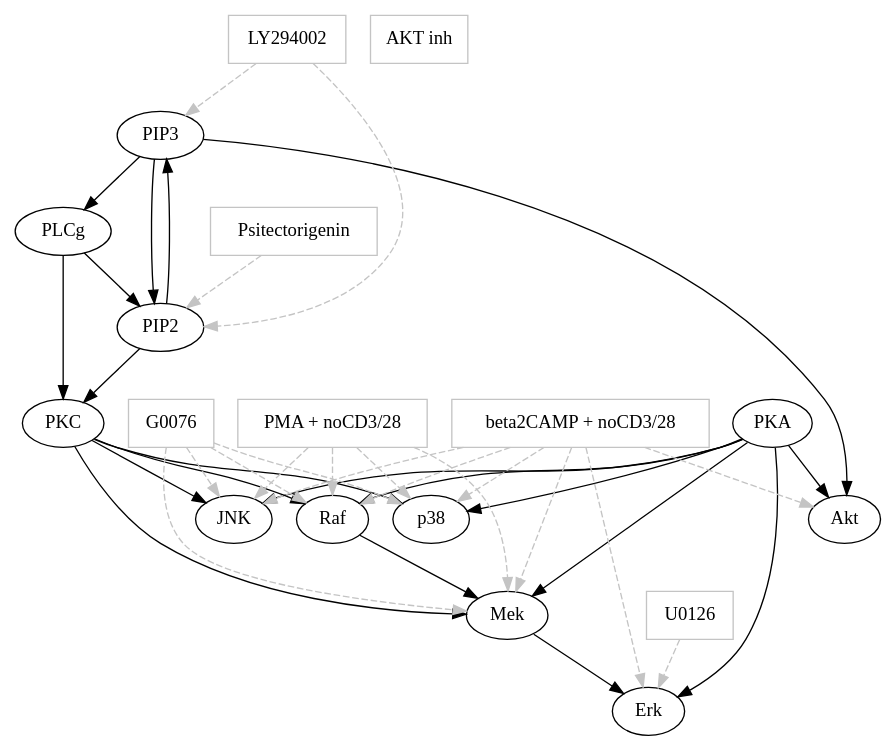
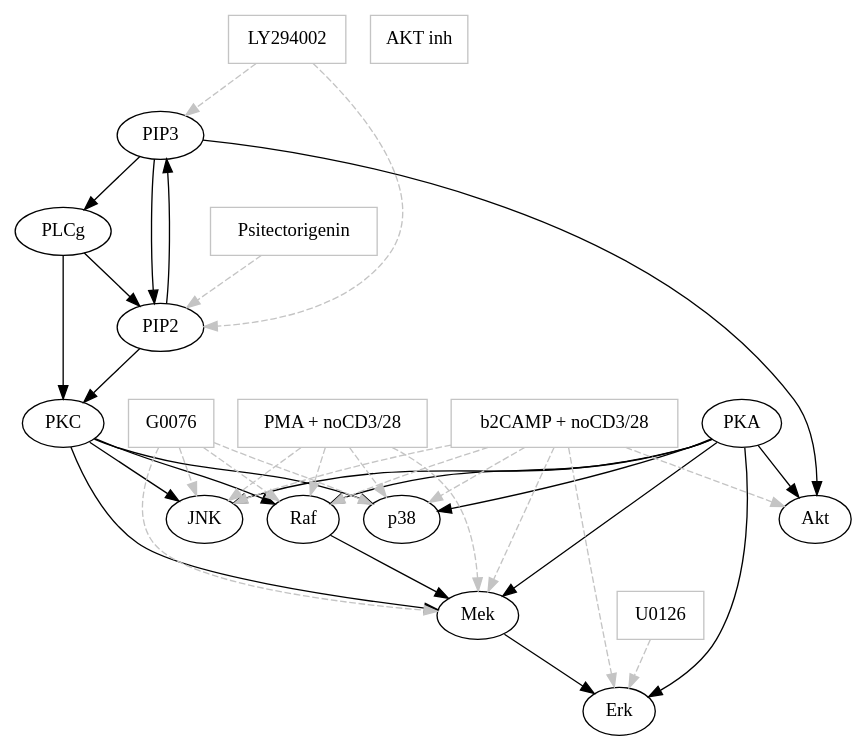
The diagram in data/sachs_consensus_network.dot (philipboeken/PTTests), drawn with Graphviz before and after one commit. The commit also changed 1 other file, not shown here.

```diff
--- a/data/sachs_consensus_network.dot
+++ b/data/sachs_consensus_network.dot
@@ -1,57 +1,57 @@
 digraph G {
 1[label="Raf"];
 2[label="Mek"];
 3[label="PLCg"];
 4[label="PIP2"];
 5[label="PIP3"];
 6[label="Erk"];
 7[label="Akt"];
 8[label="PKA"];
 9[label="PKC"];
 10[label="p38"];
 11[label="JNK"];
 12[label="AKT inh",shape=rectangle, color="#c4c4c4"];
 13[label="G0076",shape=rectangle, color="#c4c4c4"];
 14[label="Psitectorigenin",shape=rectangle, color="#c4c4c4"];
 15[label="U0126",shape=rectangle, color="#c4c4c4"];
 16[label="LY294002",shape=rectangle, color="#c4c4c4"];
 17[label="PMA + noCD3/28",shape=rectangle, color="#c4c4c4"];
-18[label="beta2CAMP + noCD3/28",shape=rectangle, color="#c4c4c4"];
+18[label="b2CAMP + noCD3/28",shape=rectangle, color="#c4c4c4"];
 13->1[arrowtail="none", arrowhead="normal", style="dashed", color="#c4c4c4"];
 13->2[arrowtail="none", arrowhead="normal", style="dashed", color="#c4c4c4"];
 13->10[arrowtail="none", arrowhead="normal", style="dashed", color="#c4c4c4"];
 13->11[arrowtail="none", arrowhead="normal", style="dashed", color="#c4c4c4"];
 14->4[arrowtail="none", arrowhead="normal", style="dashed", color="#c4c4c4"];
 15->6[arrowtail="none", arrowhead="normal", style="dashed", color="#c4c4c4"];
 16->4[arrowtail="none", arrowhead="normal", style="dashed", color="#c4c4c4"];
 16->5[arrowtail="none", arrowhead="normal", style="dashed", color="#c4c4c4"];
 17->1[arrowtail="none", arrowhead="normal", style="dashed", color="#c4c4c4"];
 17->2[arrowtail="none", arrowhead="normal", style="dashed", color="#c4c4c4"];
 17->10[arrowtail="none", arrowhead="normal", style="dashed", color="#c4c4c4"];
 17->11[arrowtail="none", arrowhead="normal", style="dashed", color="#c4c4c4"];
 18->1[arrowtail="none", arrowhead="normal", style="dashed", color="#c4c4c4"];
 18->2[arrowtail="none", arrowhead="normal", style="dashed", color="#c4c4c4"];
 18->6[arrowtail="none", arrowhead="normal", style="dashed", color="#c4c4c4"];
 18->7[arrowtail="none", arrowhead="normal", style="dashed", color="#c4c4c4"];
 18->10[arrowtail="none", arrowhead="normal", style="dashed", color="#c4c4c4"];
 18->11[arrowtail="none", arrowhead="normal", style="dashed", color="#c4c4c4"];
 1->2;
 2->6;
 3->4;
 3->9;
 4->5;
 4->9;
 5->3;
 5->4;
 5->7;
 8->1;
 8->2;
 8->6;
 8->7;
 8->10;
 8->11;
 9->1;
 9->2;
 9->10;
 9->11;
 }
```
